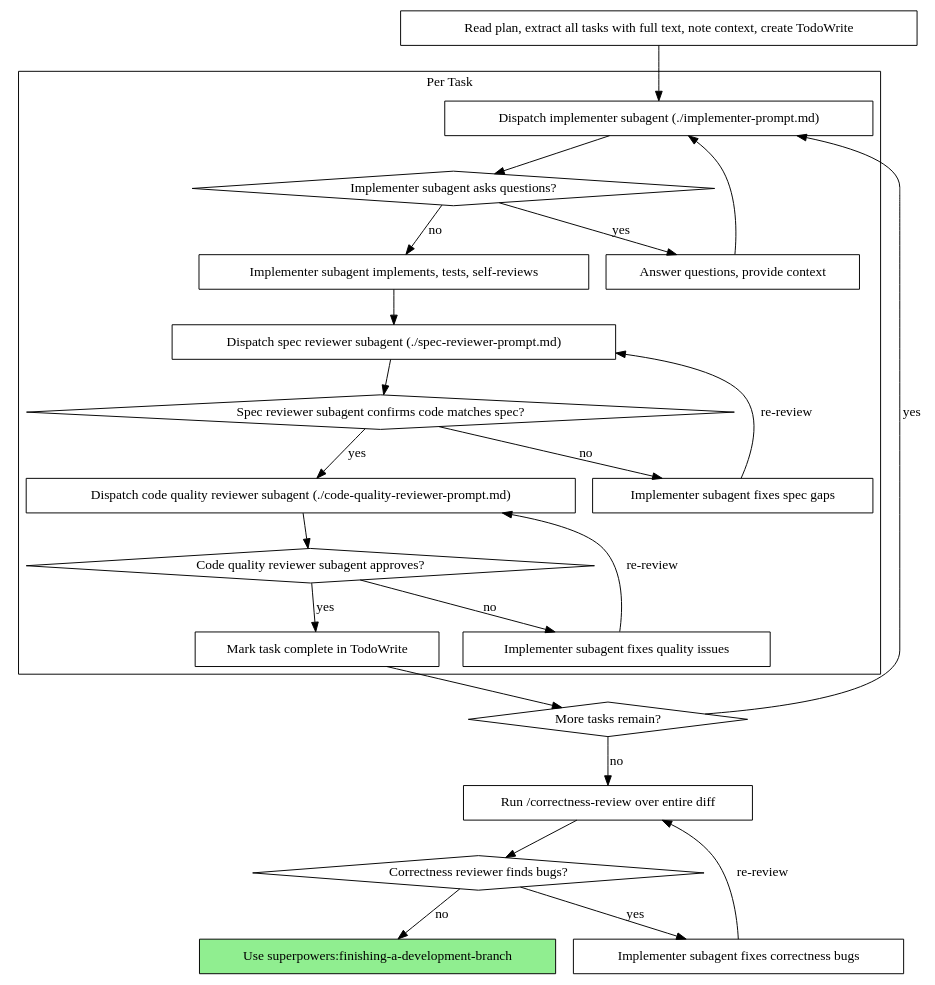
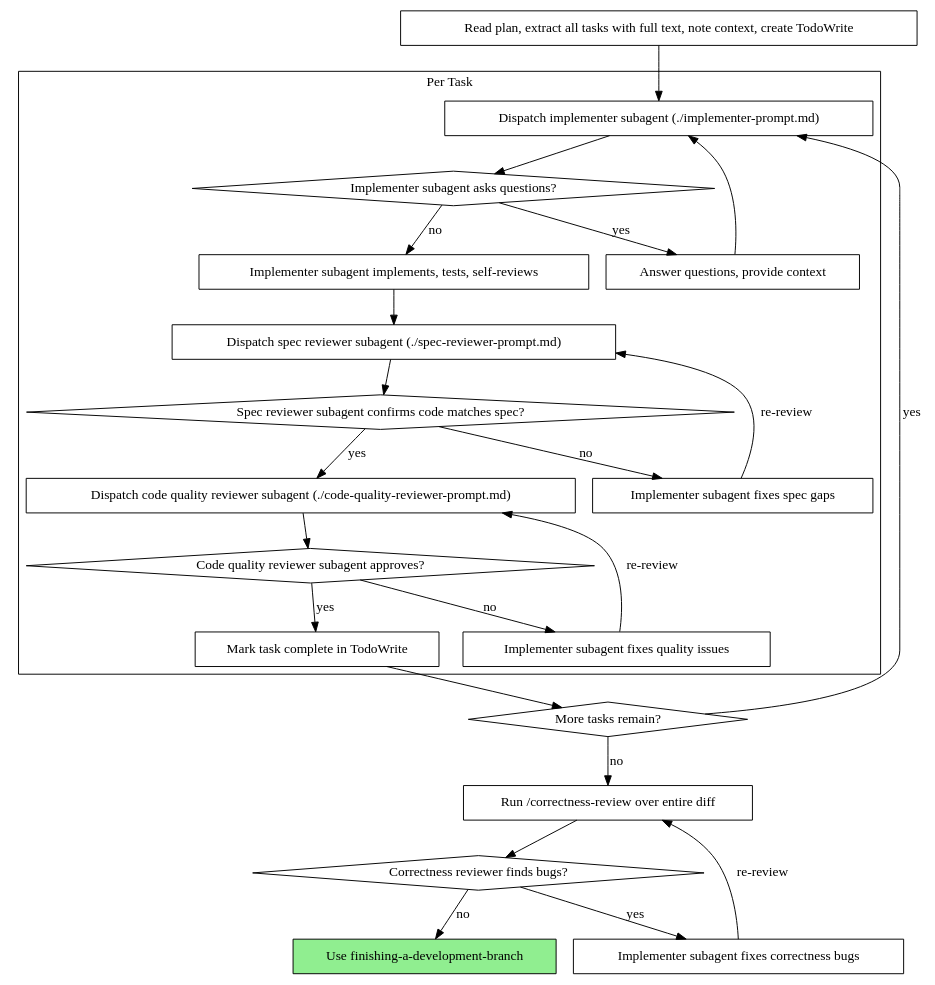
Before and after one commit to minhtran3124/harness-skills: the second of 2 diagrams in skills/subagent-driven-development/SKILL.md, drawn with Graphviz. The commit also changed other lines of this file and 3 other files, not shown here.

First line of the commit message:
fix(skills): resolve finishing-branch handoff + make it PR-only

````diff
--- a/skills/subagent-driven-development/SKILL.md
+++ b/skills/subagent-driven-development/SKILL.md
@@ -49,49 +49,49 @@
 ```dot
 digraph process {
     rankdir=TB;
 
     subgraph cluster_per_task {
         label="Per Task";
         "Dispatch implementer subagent (./implementer-prompt.md)" [shape=box];
         "Implementer subagent asks questions?" [shape=diamond];
         "Answer questions, provide context" [shape=box];
         "Implementer subagent implements, tests, self-reviews" [shape=box];
         "Dispatch spec reviewer subagent (./spec-reviewer-prompt.md)" [shape=box];
         "Spec reviewer subagent confirms code matches spec?" [shape=diamond];
         "Implementer subagent fixes spec gaps" [shape=box];
         "Dispatch code quality reviewer subagent (./code-quality-reviewer-prompt.md)" [shape=box];
         "Code quality reviewer subagent approves?" [shape=diamond];
         "Implementer subagent fixes quality issues" [shape=box];
         "Mark task complete in TodoWrite" [shape=box];
     }
 
     "Read plan, extract all tasks with full text, note context, create TodoWrite" [shape=box];
     "More tasks remain?" [shape=diamond];
     "Run /correctness-review over entire diff" [shape=box];
     "Correctness reviewer finds bugs?" [shape=diamond];
     "Implementer subagent fixes correctness bugs" [shape=box];
-    "Use superpowers:finishing-a-development-branch" [shape=box style=filled fillcolor=lightgreen];
+    "Use finishing-a-development-branch" [shape=box style=filled fillcolor=lightgreen];
 
     "Read plan, extract all tasks with full text, note context, create TodoWrite" -> "Dispatch implementer subagent (./implementer-prompt.md)";
     "Dispatch implementer subagent (./implementer-prompt.md)" -> "Implementer subagent asks questions?";
     "Implementer subagent asks questions?" -> "Answer questions, provide context" [label="yes"];
     "Answer questions, provide context" -> "Dispatch implementer subagent (./implementer-prompt.md)";
     "Implementer subagent asks questions?" -> "Implementer subagent implements, tests, self-reviews" [label="no"];
     "Implementer subagent implements, tests, self-reviews" -> "Dispatch spec reviewer subagent (./spec-reviewer-prompt.md)";
     "Dispatch spec reviewer subagent (./spec-reviewer-prompt.md)" -> "Spec reviewer subagent confirms code matches spec?";
     "Spec reviewer subagent confirms code matches spec?" -> "Implementer subagent fixes spec gaps" [label="no"];
     "Implementer subagent fixes spec gaps" -> "Dispatch spec reviewer subagent (./spec-reviewer-prompt.md)" [label="re-review"];
     "Spec reviewer subagent confirms code matches spec?" -> "Dispatch code quality reviewer subagent (./code-quality-reviewer-prompt.md)" [label="yes"];
     "Dispatch code quality reviewer subagent (./code-quality-reviewer-prompt.md)" -> "Code quality reviewer subagent approves?";
     "Code quality reviewer subagent approves?" -> "Implementer subagent fixes quality issues" [label="no"];
     "Implementer subagent fixes quality issues" -> "Dispatch code quality reviewer subagent (./code-quality-reviewer-prompt.md)" [label="re-review"];
     "Code quality reviewer subagent approves?" -> "Mark task complete in TodoWrite" [label="yes"];
     "Mark task complete in TodoWrite" -> "More tasks remain?";
     "More tasks remain?" -> "Dispatch implementer subagent (./implementer-prompt.md)" [label="yes"];
     "More tasks remain?" -> "Run /correctness-review over entire diff" [label="no"];
     "Run /correctness-review over entire diff" -> "Correctness reviewer finds bugs?";
     "Correctness reviewer finds bugs?" -> "Implementer subagent fixes correctness bugs" [label="yes"];
     "Implementer subagent fixes correctness bugs" -> "Run /correctness-review over entire diff" [label="re-review"];
-    "Correctness reviewer finds bugs?" -> "Use superpowers:finishing-a-development-branch" [label="no"];
+    "Correctness reviewer finds bugs?" -> "Use finishing-a-development-branch" [label="no"];
 }
 ```
````
